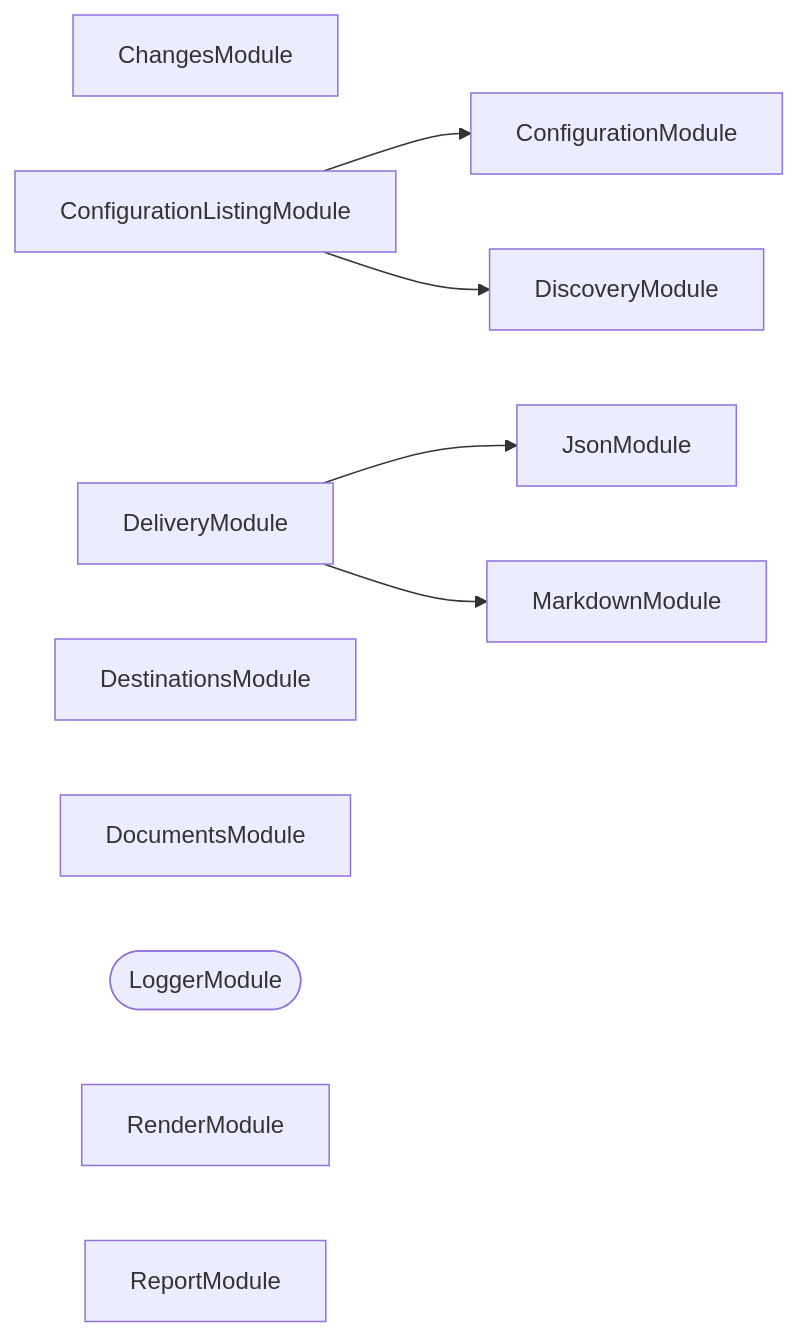
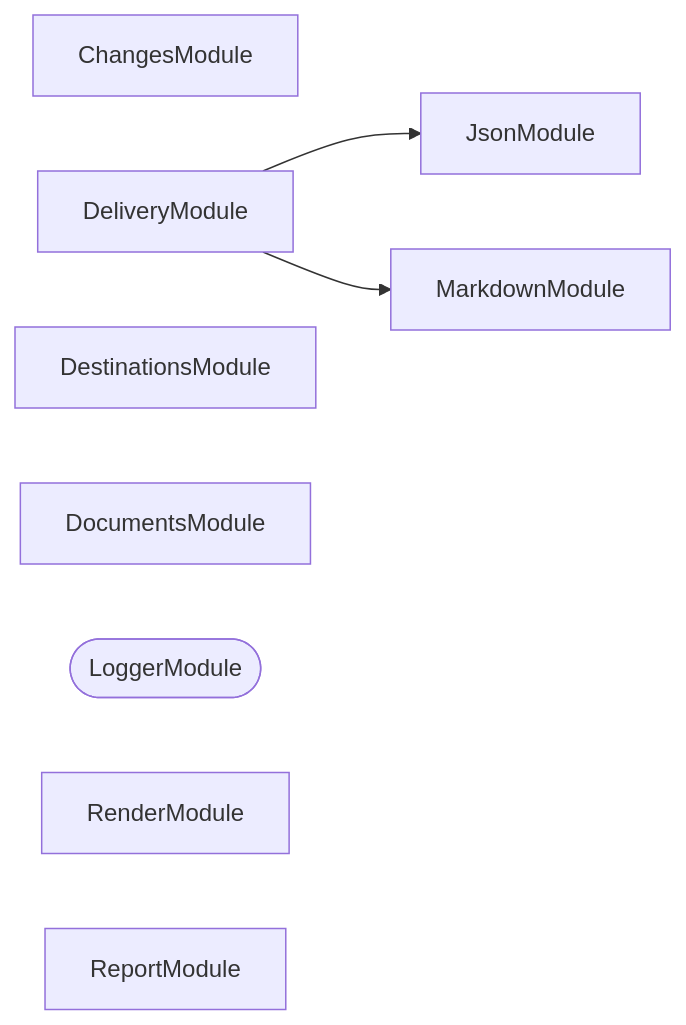
One commit to JimmyPaolini/codebase changed the second of 3 diagrams in packages/ic-suite/codometer/codometer-output/README.md. Above: the diagram before and after it, drawn with Mermaid. The commit also changed other lines of this file and 108 other files, not shown here.

````diff
--- a/packages/ic-suite/codometer/codometer-output/README.md
+++ b/packages/ic-suite/codometer/codometer-output/README.md
@@ -184,19 +184,14 @@
 ```mermaid
 flowchart LR
   ChangesModule
-  ConfigurationListingModule
-  ConfigurationModule
   DeliveryModule
   DestinationsModule
-  DiscoveryModule
   DocumentsModule
   JsonModule
   LoggerModule([LoggerModule])
   MarkdownModule
   RenderModule
   ReportModule
-  ConfigurationListingModule --> ConfigurationModule
-  ConfigurationListingModule --> DiscoveryModule
   DeliveryModule --> JsonModule
   DeliveryModule --> MarkdownModule
 ```
````
